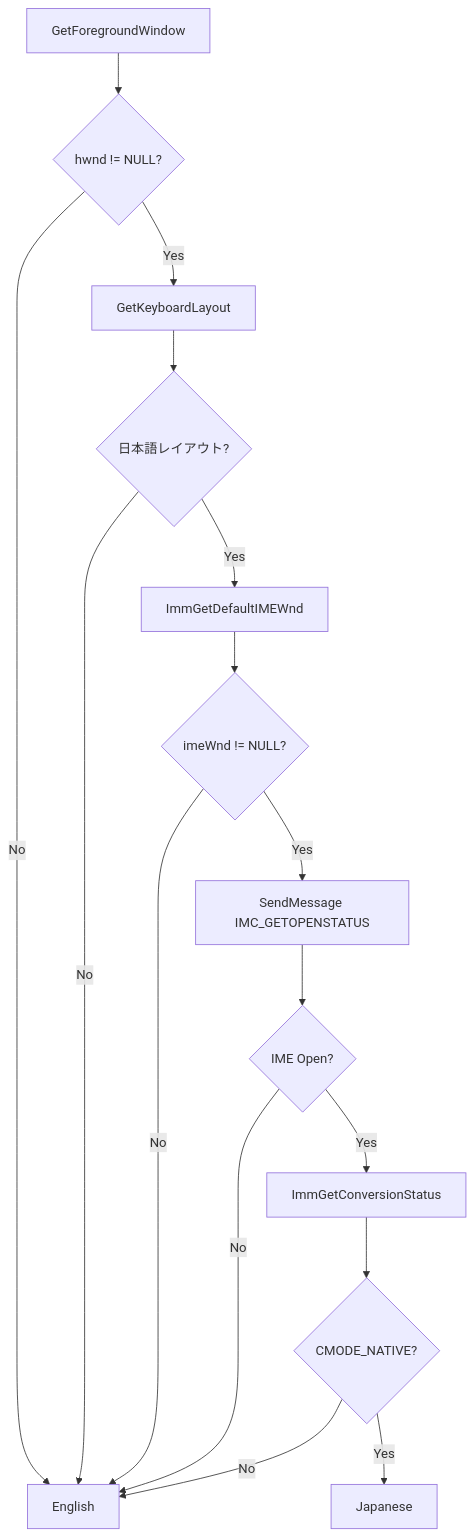
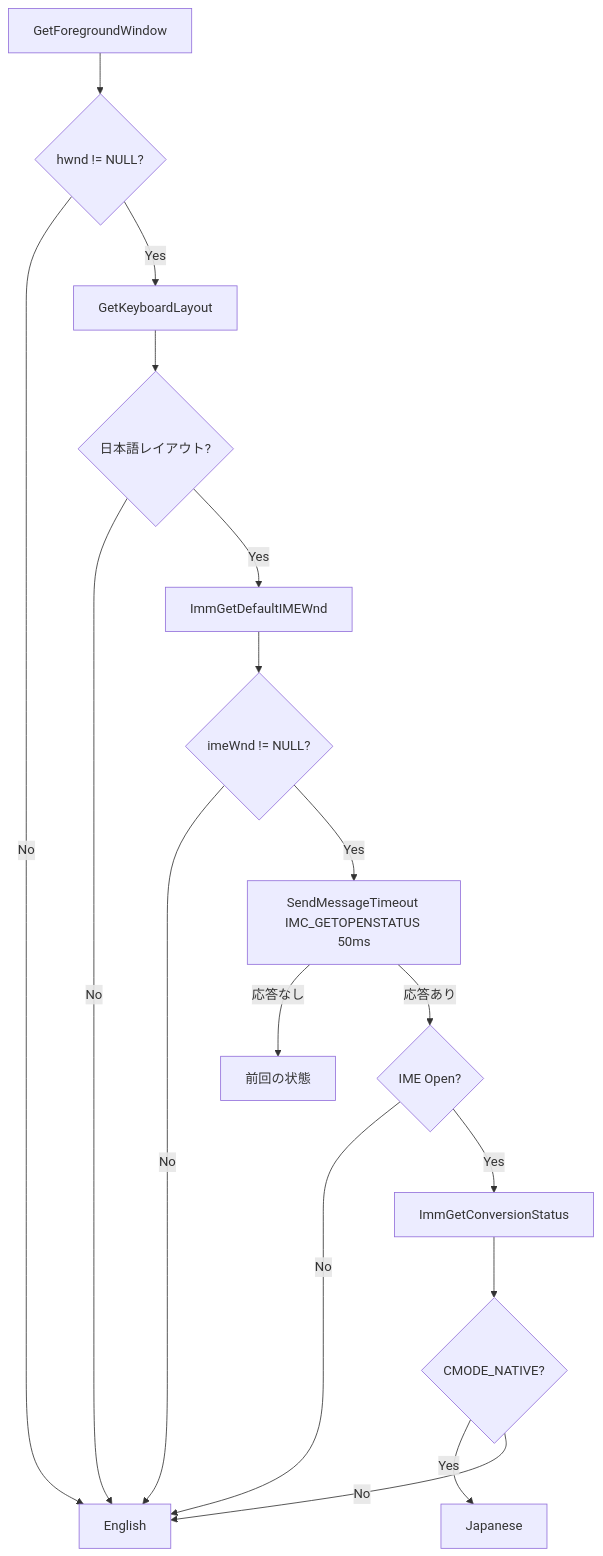
One commit to ycookiey/yCursory changed the fourth of 6 diagrams in docs/architecture.md. Above: the diagram before and after it, drawn with Mermaid. The commit also changed other lines of this file and 9 other files, not shown here.

````diff
--- a/docs/architecture.md
+++ b/docs/architecture.md
@@ -96,18 +113,19 @@
 ```mermaid
 flowchart TD
     A[GetForegroundWindow] --> B{hwnd != NULL?}
     B -->|No| Z[English]
     B -->|Yes| C[GetKeyboardLayout]
     C --> D{日本語レイアウト?}
     D -->|No| Z
     D -->|Yes| E[ImmGetDefaultIMEWnd]
     E --> F{imeWnd != NULL?}
     F -->|No| Z
-    F -->|Yes| G[SendMessage IMC_GETOPENSTATUS]
-    G --> H{IME Open?}
+    F -->|Yes| G[SendMessageTimeout IMC_GETOPENSTATUS 50ms]
+    G -->|応答なし| P[前回の状態]
+    G -->|応答あり| H{IME Open?}
     H -->|No| Z
     H -->|Yes| I[ImmGetConversionStatus]
     I --> J{CMODE_NATIVE?}
     J -->|Yes| Y[Japanese]
     J -->|No| Z
 ```
````
